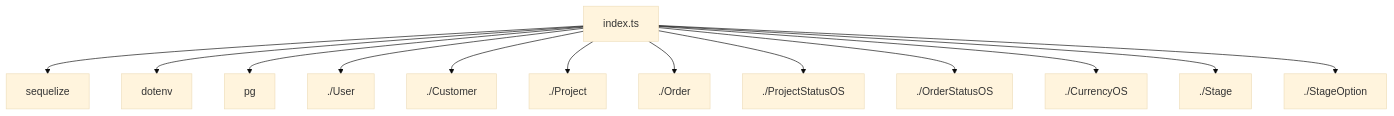
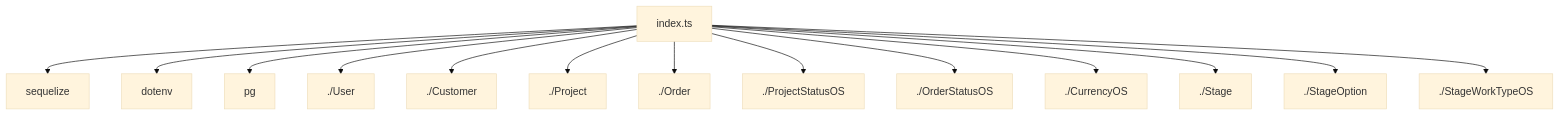
Before and after one commit to alcompstudio/studio-current: the diagram in docs/components/lib/models/index.md, drawn with Mermaid (base theme). The commit also changed 259 other files, not shown here.

````diff
--- a/docs/components/lib/models/index.md
+++ b/docs/components/lib/models/index.md
@@ -7,28 +7,30 @@
 ```mermaid
 flowchart TD
     index_ts[index.ts]
     sequelize[sequelize]
     index_ts --> sequelize
     dotenv[dotenv]
     index_ts --> dotenv
     pg[pg]
     index_ts --> pg
     User[./User]
     index_ts --> User
     Customer[./Customer]
     index_ts --> Customer
     Project[./Project]
     index_ts --> Project
     Order[./Order]
     index_ts --> Order
     ProjectStatusOS[./ProjectStatusOS]
     index_ts --> ProjectStatusOS
     OrderStatusOS[./OrderStatusOS]
     index_ts --> OrderStatusOS
     CurrencyOS[./CurrencyOS]
     index_ts --> CurrencyOS
     Stage[./Stage]
     index_ts --> Stage
     StageOption[./StageOption]
     index_ts --> StageOption
+    StageWorkTypeOS[./StageWorkTypeOS]
+    index_ts --> StageWorkTypeOS
 ```
````
